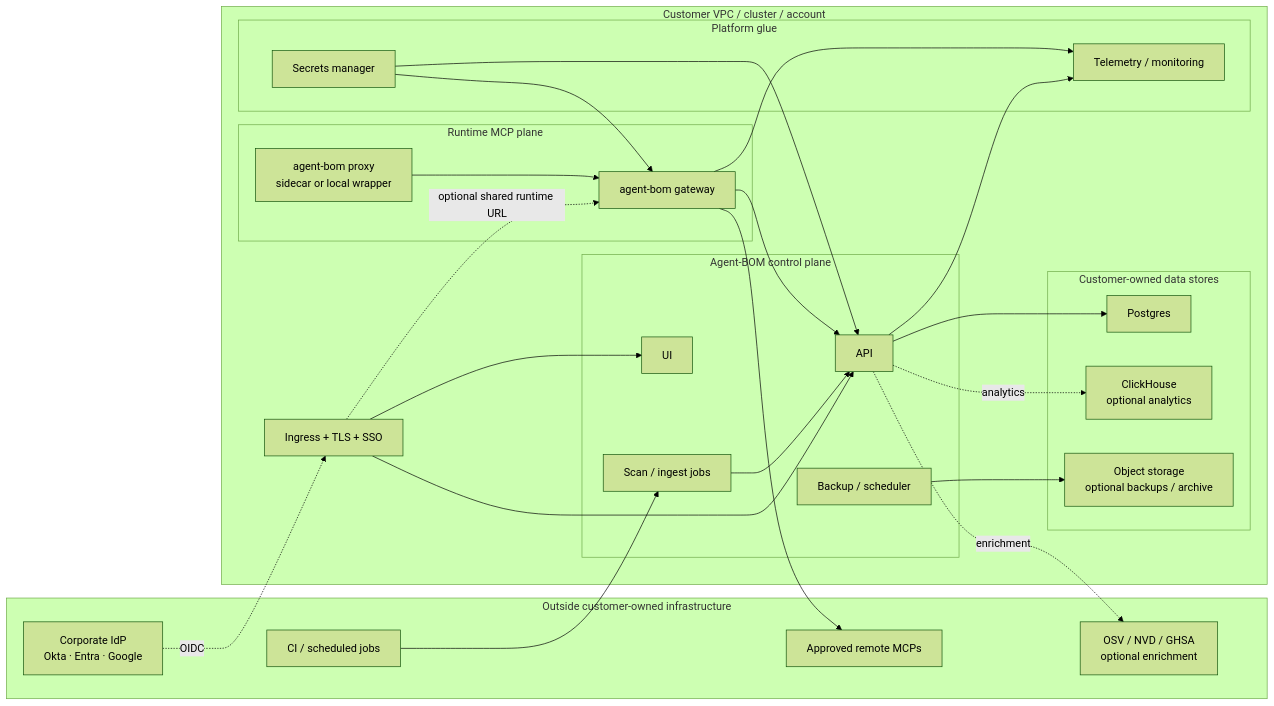
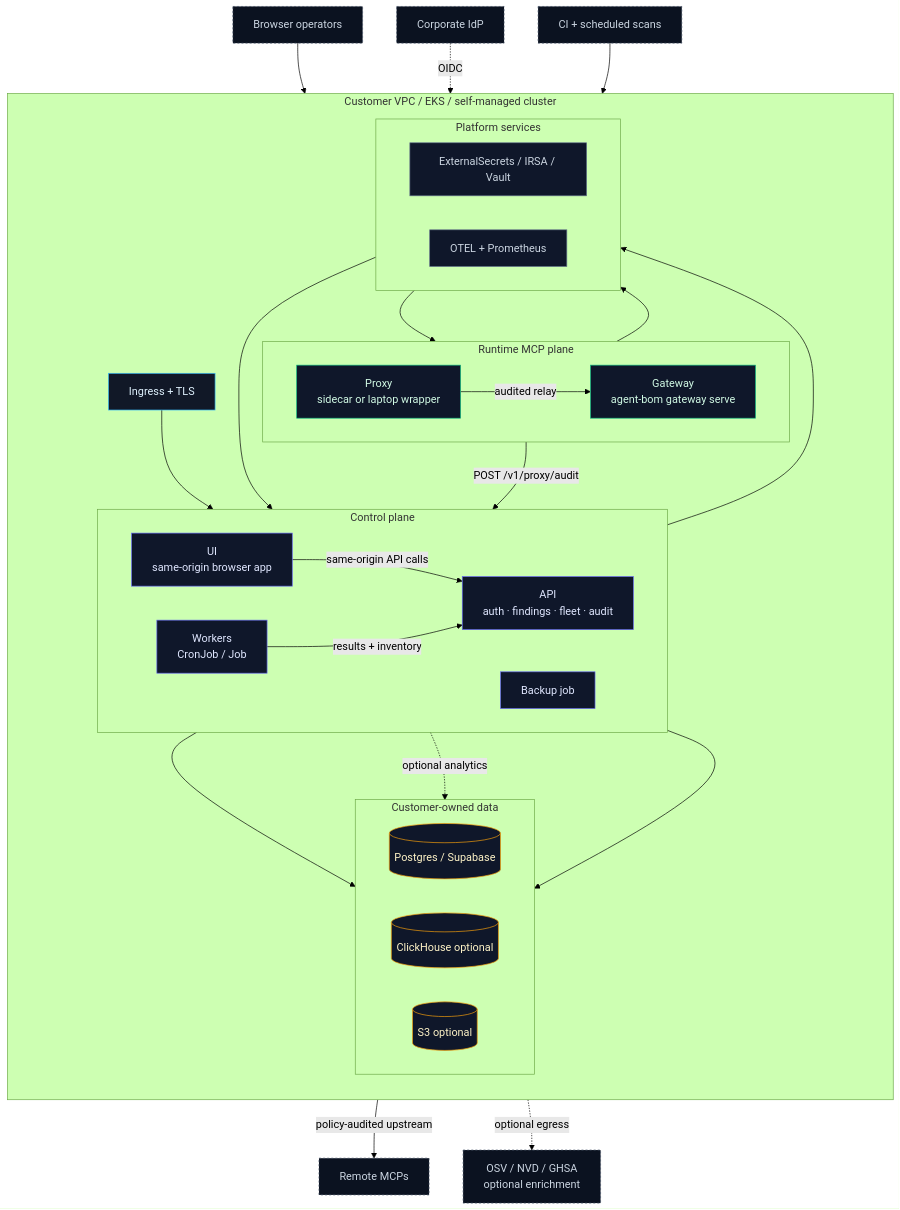
Before and after one commit to msaad00/agent-bom: the first of 2 diagrams in site-docs/deployment/enterprise-pilot.md, drawn with Mermaid (forest theme). The commit also changed other lines of this file and 6 other files, not shown here.

First line of the commit message:
[docs] simplify self-hosted deployment and runtime diagrams (#1607)

````diff
--- a/site-docs/deployment/enterprise-pilot.md
+++ b/site-docs/deployment/enterprise-pilot.md
@@ -75,54 +47,65 @@
 ```mermaid
-flowchart LR
-    subgraph outside["Outside customer-owned infrastructure"]
-      idp["Corporate IdP<br/>Okta · Entra · Google"]
-      ci["CI / scheduled jobs"]
-      remote["Approved remote MCPs"]
-      osv["OSV / NVD / GHSA<br/>optional enrichment"]
-    end
+flowchart TB
+    classDef ext  fill:#0b1220,stroke:#475569,color:#cbd5e1,stroke-dasharray:3 3
+    classDef edge fill:#111827,stroke:#38bdf8,color:#e0f2fe
+    classDef ctrl fill:#0f172a,stroke:#6366f1,color:#e0e7ff
+    classDef run  fill:#0f172a,stroke:#10b981,color:#d1fae5
+    classDef data fill:#0f172a,stroke:#f59e0b,color:#fef3c7
+    classDef ops  fill:#0f172a,stroke:#64748b,color:#cbd5e1
 
-    subgraph customer["Customer VPC / cluster / account"]
-      ingress["Ingress + TLS + SSO"]
+    Browser["Browser operators"]:::ext
+    IdP["Corporate IdP"]:::ext
+    CI["CI + scheduled scans"]:::ext
+    Remote["Remote MCPs"]:::ext
+    Intel["OSV / NVD / GHSA<br/>optional enrichment"]:::ext
 
-      subgraph control["Agent-BOM control plane"]
-        ui["UI"]
-        api["API"]
-        jobs["Scan / ingest jobs"]
-        backup["Backup / scheduler"]
+    subgraph Customer["Customer VPC / EKS / self-managed cluster"]
+      direction TB
+      Ingress["Ingress + TLS"]:::edge
+
+      subgraph Control["Control plane"]
+        direction LR
+        UI["UI<br/>same-origin browser app"]:::ctrl
+        API["API<br/>auth · findings · fleet · audit"]:::ctrl
+        Jobs["Workers<br/>CronJob / Job"]:::ctrl
+        Backup["Backup job"]:::ctrl
       end
 
-      subgraph runtime["Runtime MCP plane"]
-        proxy["agent-bom proxy<br/>sidecar or local wrapper"]
-        gateway["agent-bom gateway"]
+      subgraph Runtime["Runtime MCP plane"]
+        direction LR
+        Proxy["Proxy<br/>sidecar or laptop wrapper"]:::run
+        Gateway["Gateway<br/>agent-bom gateway serve"]:::run
       end
 
-      subgraph data["Customer-owned data stores"]
-        pg["Postgres"]
-        ch["ClickHouse<br/>optional analytics"]
-        s3["Object storage<br/>optional backups / archive"]
+      subgraph Data["Customer-owned data"]
+        direction LR
+        PG[("Postgres / Supabase")]:::data
+        CH[("ClickHouse optional")]:::data
+        S3[("S3 optional")]:::data
       end
 
-      subgraph ops["Platform glue"]
-        secrets["Secrets manager"]
-        metrics["Telemetry / monitoring"]
+      subgraph Platform["Platform services"]
+        direction LR
+        Secrets["ExternalSecrets / IRSA / Vault"]:::ops
+        Obs["OTEL + Prometheus"]:::ops
       end
     end
 
-    idp -. OIDC .-> ingress
-    ingress --> ui
-    ingress --> api
-    ingress -. optional shared runtime URL .-> gateway
-    ci --> jobs
-    jobs --> api
-    proxy --> gateway
-    gateway --> api
-    gateway --> remote
-    api --> pg
-    api -. analytics .-> ch
-    backup --> s3
-    secrets --> api
-    secrets --> gateway
-    api --> metrics
-    gateway --> metrics
-    api -. enrichment .-> osv
+    Browser --> Ingress
+    IdP -. OIDC .-> Ingress
+    Ingress --> UI
+    UI -->|same-origin API calls| API
+    CI --> Jobs
+    Jobs -->|results + inventory| API
+    Proxy -->|audited relay| Gateway
+    Gateway -->|POST /v1/proxy/audit| API
+    Gateway -->|policy-audited upstream| Remote
+    API --> PG
+    API -. optional analytics .-> CH
+    Backup --> S3
+    Secrets --> API
+    Secrets --> Gateway
+    API --> Obs
+    Gateway --> Obs
+    API -. optional egress .-> Intel
 ```
````
